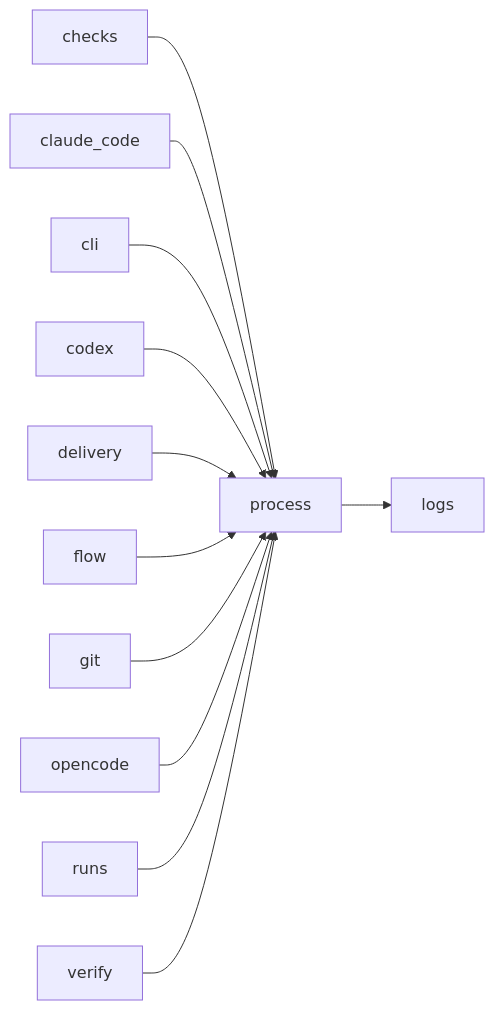
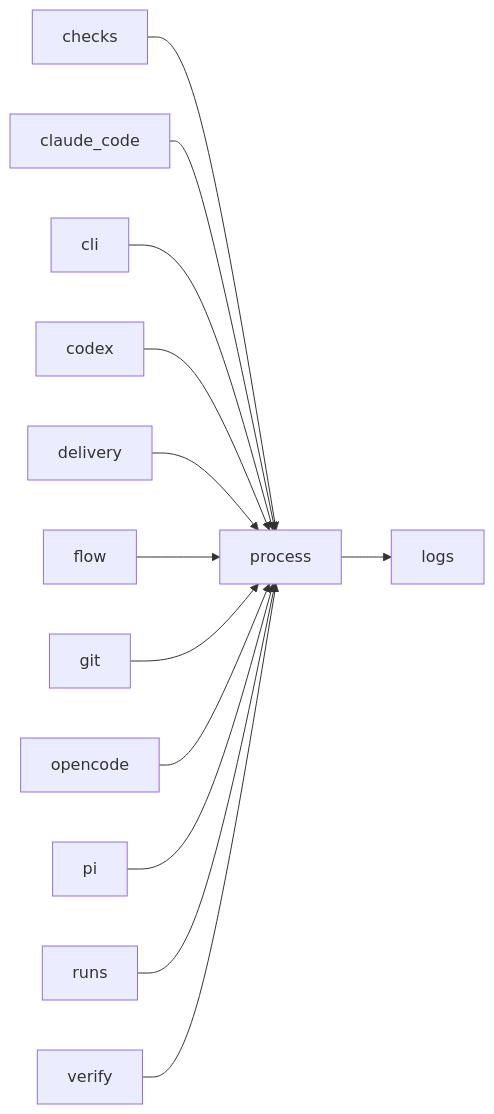
Before and after one commit to plaplanche/ariane: the third of 3 diagrams in docs/architecture/modules/process.md, drawn with Mermaid. The commit also changed 27 other files, not shown here.

````diff
--- a/docs/architecture/modules/process.md
+++ b/docs/architecture/modules/process.md
@@ -94,14 +94,15 @@
 ```mermaid
 flowchart LR
   checks --> process
   claude_code --> process
   cli --> process
   codex --> process
   delivery --> process
   flow --> process
   git --> process
   opencode --> process
+  pi --> process
   process --> logs
   runs --> process
   verify --> process
 ```
````
